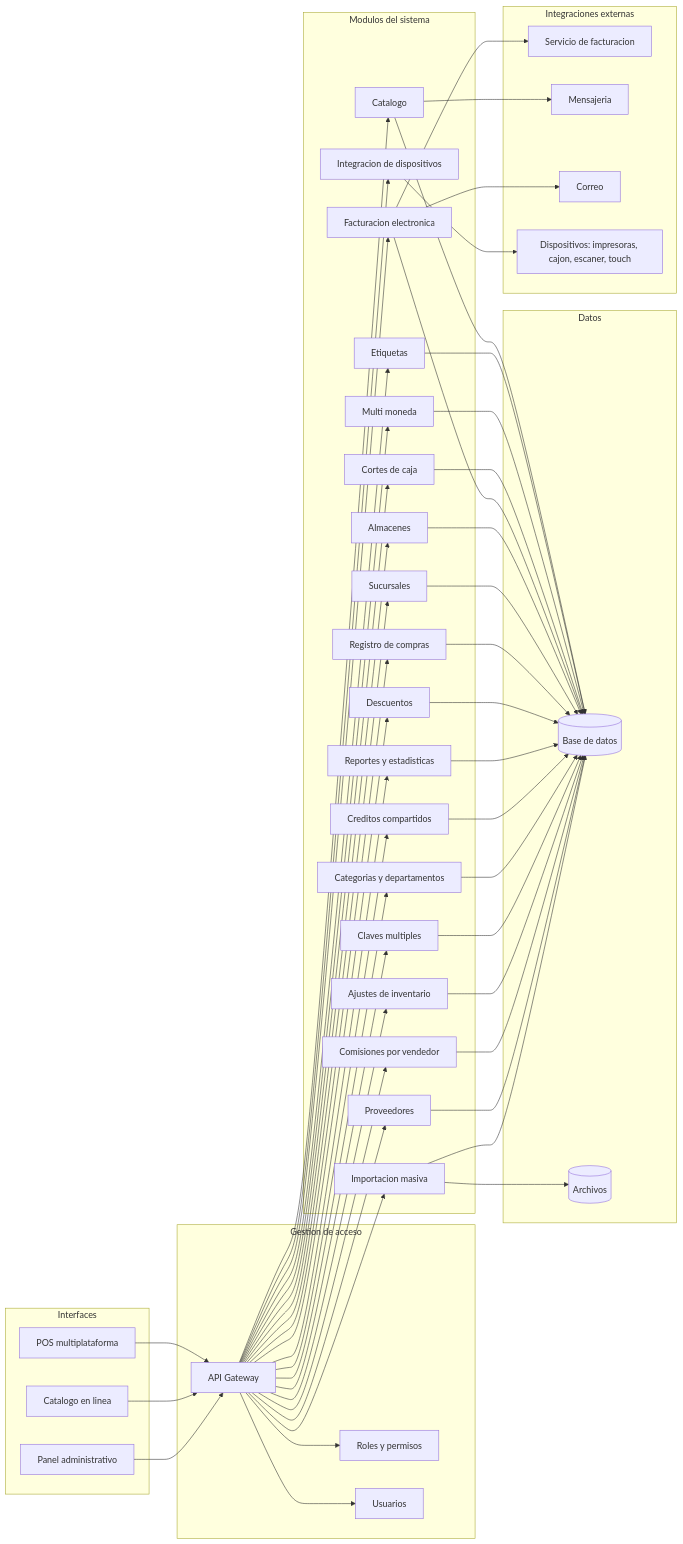
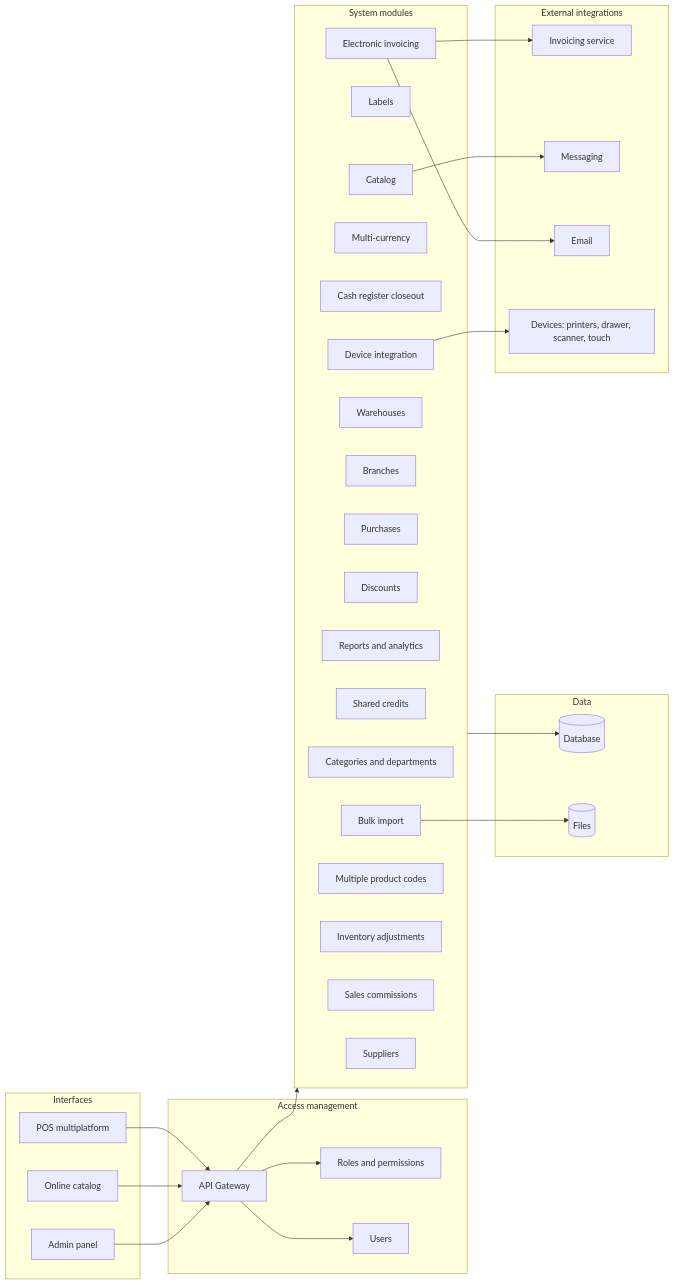
The diagram in README.md (AlbertoDeveloper/VibeSale), drawn with Mermaid before and after one commit. The commit also changed other lines of this file and 5 other files, not shown here.

````diff
--- a/README.md
+++ b/README.md
@@ -4,103 +7,58 @@
 ```mermaid
 flowchart LR
-  %% Cliente / Punto de venta
   subgraph CLIENTE[Interfaces]
-    POS[POS multiplataforma]
-    TIENDA[Catalogo en linea]
-    ADMIN[Panel administrativo]
+    POS[POS multiplatform]
+    TIENDA[Online catalog]
+    ADMIN[Admin panel]
   end
 
-  %% API y permisos
-  subgraph ACCESO[Gestion de acceso]
+  subgraph ACCESO[Access management]
     API_GW[API Gateway]
-    ROLES[Roles y permisos]
-    USERS[Usuarios]
+    ROLES[Roles and permissions]
+    USERS[Users]
   end
 
-  %% Servicios
-  subgraph SERVICIOS[Modulos del sistema]
-    CATLG[Catalogo]
-    LABELS[Etiquetas]
-    DISPO[Integracion de dispositivos]
-    MULTI[Multi moneda]
-    CAJA[Cortes de caja]
-    CFDI[Facturacion electronica]
-    ALMACEN[Almacenes]
-    SUCUR[Sucursales]
-    COMPRAS[Registro de compras]
-    DESC[Descuentos]
-    REPORT[Reportes y estadisticas]
-    CREDIT[Creditos compartidos]
-    CATEG[Categorias y departamentos]
-    IMPORT[Importacion masiva]
-    CLAVES[Claves multiples]
-    AJUSTE[Ajustes de inventario]
-    VENDED[Comisiones por vendedor]
-    PROV[Proveedores]
+  subgraph SERVICIOS[System modules]
+    CATLG[Catalog]
+    LABELS[Labels]
+    DISPO[Device integration]
+    MULTI[Multi-currency]
+    CAJA[Cash register closeout]
+    CFDI[Electronic invoicing]
+    ALMACEN[Warehouses]
+    SUCUR[Branches]
+    COMPRAS[Purchases]
+    DESC[Discounts]
+    REPORT[Reports and analytics]
+    CREDIT[Shared credits]
+    CATEG[Categories and departments]
+    IMPORT[Bulk import]
+    CLAVES[Multiple product codes]
+    AJUSTE[Inventory adjustments]
+    VENDED[Sales commissions]
+    PROV[Suppliers]
   end
 
-  %% Datos
-  subgraph DATOS[Datos]
-    DB[(Base de datos)]
-    FILES[(Archivos)]
+  subgraph DATOS[Data]
+    DB[(Database)]
+    FILES[(Files)]
   end
 
-  %% Externos
-  subgraph EXTERNOS[Integraciones externas]
-    SAT[Servicio de facturacion]
-    MSG[Mensajeria]
-    EMAIL[Correo]
-    HW[Dispositivos: impresoras, cajon, escaner, touch]
+  subgraph EXTERNOS[External integrations]
+    SAT[Invoicing service]
+    MSG[Messaging]
+    EMAIL[Email]
+    HW[Devices: printers, drawer, scanner, touch]
   end
 
-  %% Flujos
   POS --> API_GW
   TIENDA --> API_GW
   ADMIN --> API_GW
-
   API_GW --> ROLES
   API_GW --> USERS
-
-  API_GW --> CATLG
-  API_GW --> LABELS
-  API_GW --> DISPO
-  API_GW --> MULTI
-  API_GW --> CAJA
-  API_GW --> CFDI
-  API_GW --> ALMACEN
-  API_GW --> SUCUR
-  API_GW --> COMPRAS
-  API_GW --> DESC
-  API_GW --> REPORT
-  API_GW --> CREDIT
-  API_GW --> CATEG
-  API_GW --> IMPORT
-  API_GW --> CLAVES
-  API_GW --> AJUSTE
-  API_GW --> VENDED
-  API_GW --> PROV
-
-  %% Persistencia
-  CATLG --> DB
-  LABELS --> DB
-  MULTI --> DB
-  CAJA --> DB
-  CFDI --> DB
-  ALMACEN --> DB
-  SUCUR --> DB
-  COMPRAS --> DB
-  DESC --> DB
-  REPORT --> DB
-  CREDIT --> DB
-  CATEG --> DB
-  CLAVES --> DB
-  AJUSTE --> DB
-  VENDED --> DB
-  PROV --> DB
-
-  %% Archivos e integraciones
+  API_GW --> SERVICIOS
+  SERVICIOS --> DB
   IMPORT --> FILES
-  IMPORT --> DB
   DISPO --> HW
   CFDI --> SAT
   CFDI --> EMAIL
````
